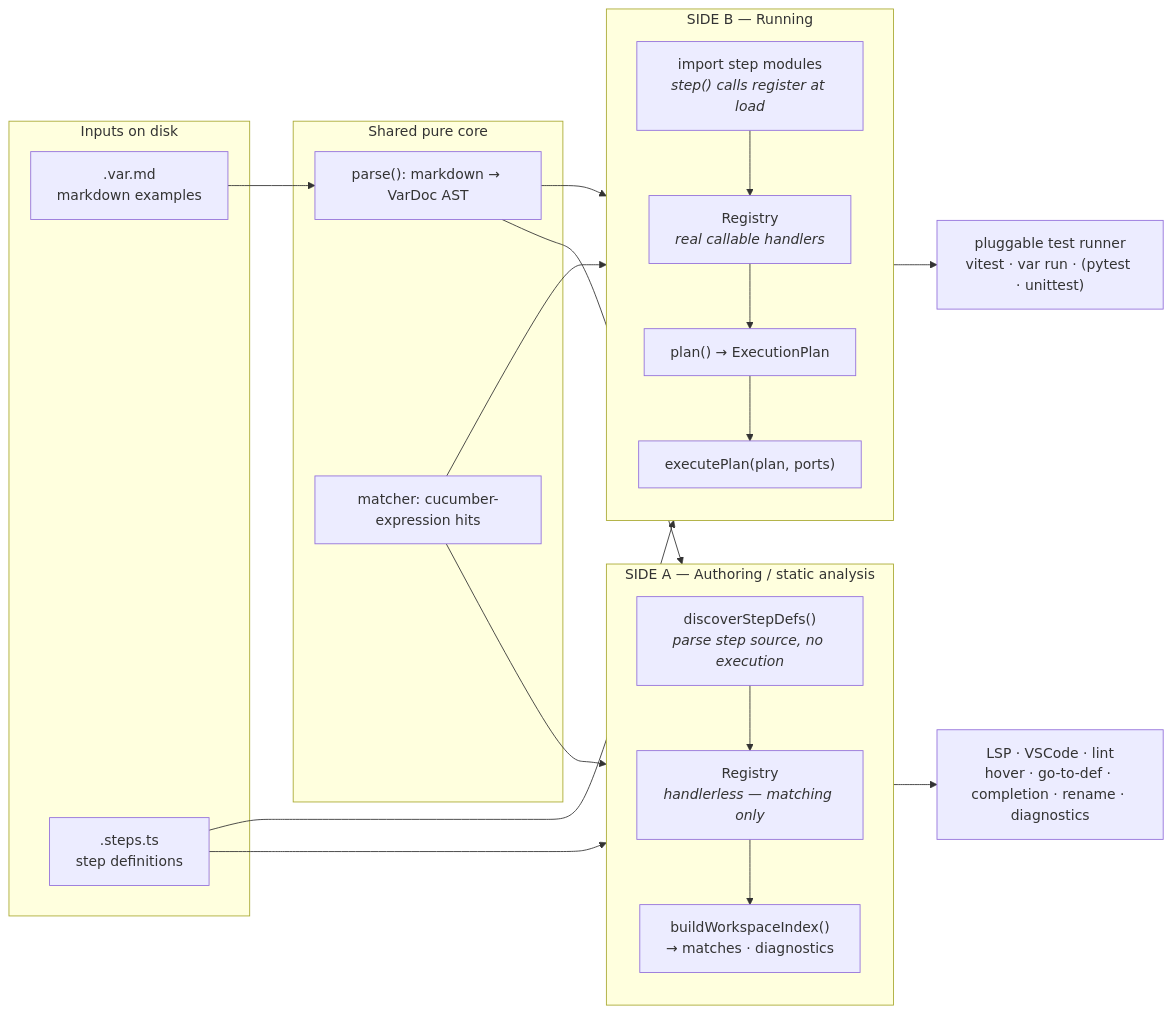
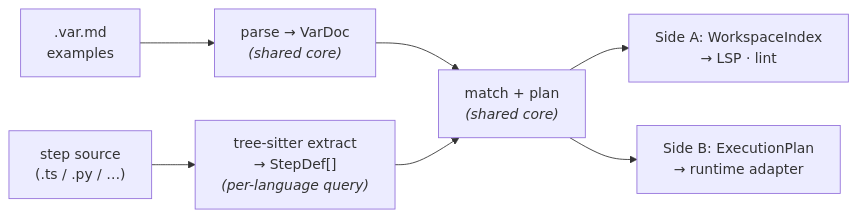
Before and after one commit to varar-dev/varar: the first of 2 diagrams in doc/ARCHITECTURE.md, drawn with Mermaid. The commit also changed other lines of this file, not shown here.

First line of the commit message:
docs(architecture): rewrite as target-state multi-language design

````diff
--- a/doc/ARCHITECTURE.md
+++ b/doc/ARCHITECTURE.md
@@ -79,40 +37,11 @@
 ```mermaid
 graph LR
-  subgraph inputs["Inputs on disk"]
-    MD[".var.md<br/>markdown examples"]
-    STEPS[".steps.ts<br/>step definitions"]
-  end
+  MD[".var.md<br/>examples"] --> PARSE["parse → VarDoc<br/><i>(shared core)</i>"]
+  STEPS["step source<br/>(.ts / .py / …)"] --> EXTRACT["tree-sitter extract<br/>→ StepDef[]<br/><i>(per-language query)</i>"]
 
-  subgraph sideA["SIDE A — Authoring / static analysis"]
-    direction TB
-    A_DISC["discoverStepDefs()<br/><i>parse step source, no execution</i>"]
-    A_REG["Registry<br/><i>handlerless — matching only</i>"]
-    A_INDEX["buildWorkspaceIndex()<br/>→ matches · diagnostics"]
-    A_DISC --> A_REG --> A_INDEX
-  end
+  PARSE --> MATCH["match + plan<br/><i>(shared core)</i>"]
+  EXTRACT --> MATCH
 
-  subgraph sideB["SIDE B — Running"]
-    direction TB
-    B_IMPORT["import step modules<br/><i>step() calls register at load</i>"]
-    B_REG["Registry<br/><i>real callable handlers</i>"]
-    B_PLAN["plan() → ExecutionPlan"]
-    B_EXEC["executePlan(plan, ports)"]
-    B_IMPORT --> B_REG --> B_PLAN --> B_EXEC
-  end
-
-  subgraph shared["Shared pure core"]
-    PARSE["parse(): markdown → VarDoc AST"]
-    MATCH["matcher: cucumber-expression hits"]
-  end
-
-  MD --> PARSE
-  STEPS --> A_DISC
-  STEPS --> B_IMPORT
-  PARSE --> A_INDEX
-  PARSE --> B_PLAN
-  MATCH --> A_INDEX
-  MATCH --> B_PLAN
-
-  A_INDEX --> LSPOUT["LSP · VSCode · lint<br/>hover · go-to-def · completion · rename · diagnostics"]
-  B_EXEC --> RUNOUT["pluggable test runner<br/>vitest · var run · (pytest · unittest)"]
+  MATCH --> A["Side A: WorkspaceIndex<br/>→ LSP · lint"]
+  MATCH --> B["Side B: ExecutionPlan<br/>→ runtime adapter"]
 ```
````
